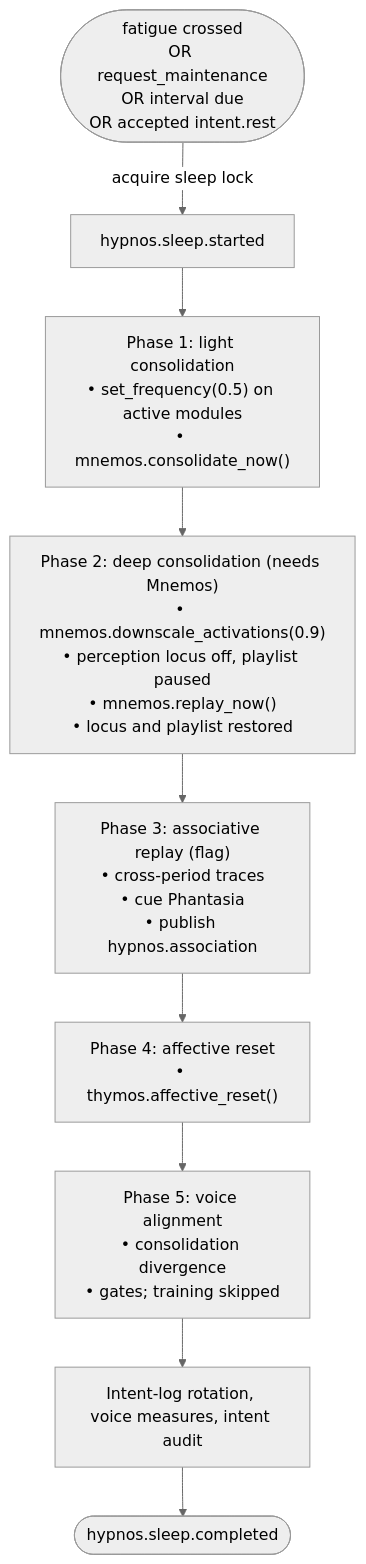
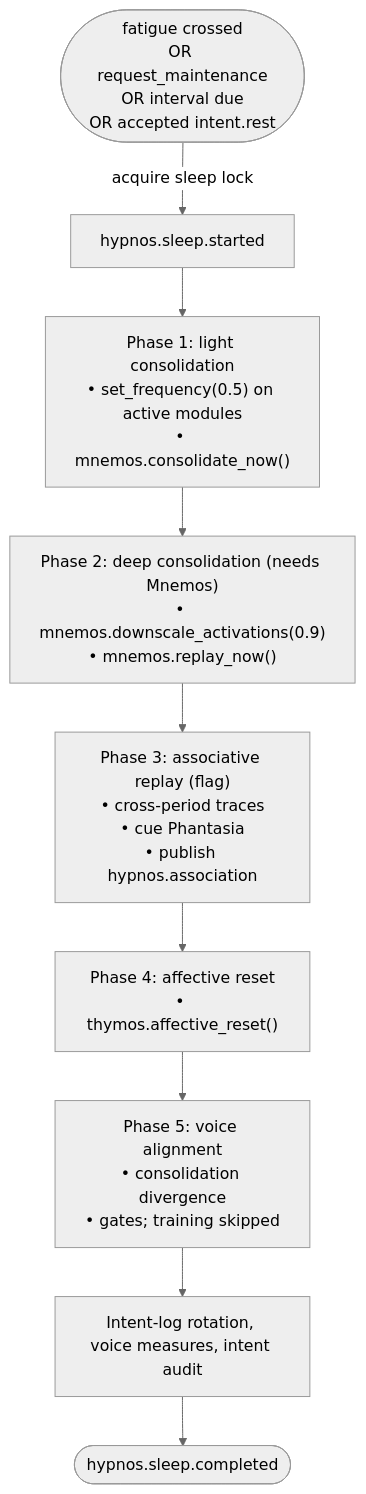
Before and after one commit to kaineone/kaine: the diagram in docs/09-modules/hypnos.md, drawn with Mermaid (neutral theme). The commit also changed other lines of this file and 10 other files, not shown here.

````diff
--- a/docs/09-modules/hypnos.md
+++ b/docs/09-modules/hypnos.md
@@ -46,16 +46,16 @@
 ```mermaid
 flowchart TD
     S([fatigue crossed\nOR request_maintenance\nOR interval due\nOR accepted intent.rest]) -->|acquire sleep lock| ST[hypnos.sleep.started]
     ST --> P1
     P1["Phase 1: light consolidation\n• set_frequency(0.5) on active modules\n• mnemos.consolidate_now()"]
     P1 --> P2
-    P2["Phase 2: deep consolidation (needs Mnemos)\n• mnemos.downscale_activations(0.9)\n• perception locus off, playlist paused\n• mnemos.replay_now()\n• locus and playlist restored"]
+    P2["Phase 2: deep consolidation (needs Mnemos)\n• mnemos.downscale_activations(0.9)\n• mnemos.replay_now()"]
     P2 --> P3
     P3["Phase 3: associative replay (flag)\n• cross-period traces\n• cue Phantasia\n• publish hypnos.association"]
     P3 --> P4
     P4["Phase 4: affective reset\n• thymos.affective_reset()"]
     P4 --> P5
     P5["Phase 5: voice alignment\n• consolidation divergence\n• gates; training skipped"]
     P5 --> R[Intent-log rotation, voice measures, intent audit]
     R --> E([hypnos.sleep.completed])
 ```
````
